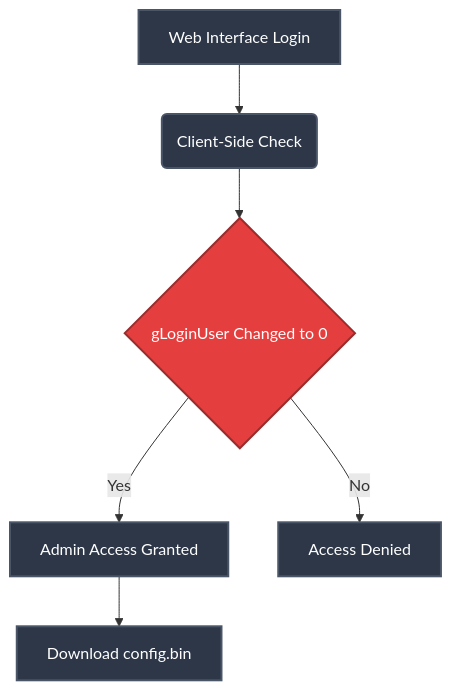
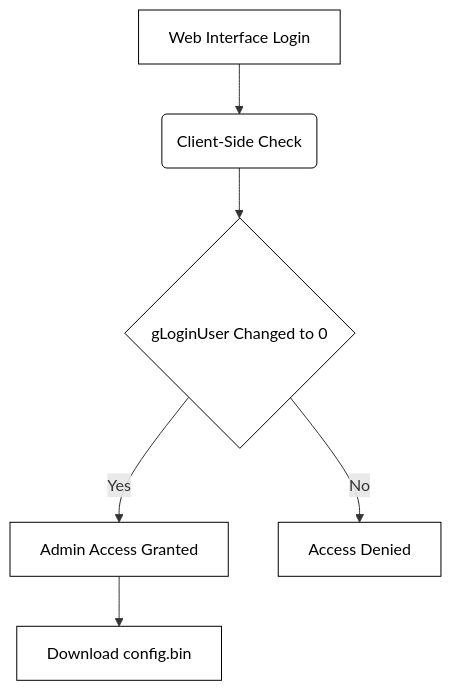
Before and after one commit to boutaba-motezeballah/fiberhome-privesc-0day: the diagram in README.md, drawn with Mermaid.

````diff
--- a/README.md
+++ b/README.md
@@ -19,14 +19,12 @@
 ```mermaid
 graph TD
-    classDef target fill:#2d3748,stroke:#4a5568,stroke-width:2px,color:#fff;
-    classDef alert fill:#e53e3e,stroke:#9b2c2c,stroke-width:2px,color:#fff;
+    classDef plain fill:#ffffff,stroke:#000000,stroke-width:1px,color:#000000;
 
     A[Web Interface Login] --> B(Client-Side Check)
     B --> C{gLoginUser Changed to 0}
     C -->|Yes| D[Admin Access Granted]
     C -->|No| E[Access Denied]
     D --> F[Download config.bin]
 
-    class A,B,C,D,E,F target;
-    class C alert;
+    class A,B,C,D,E,F plain;
 ```
````
